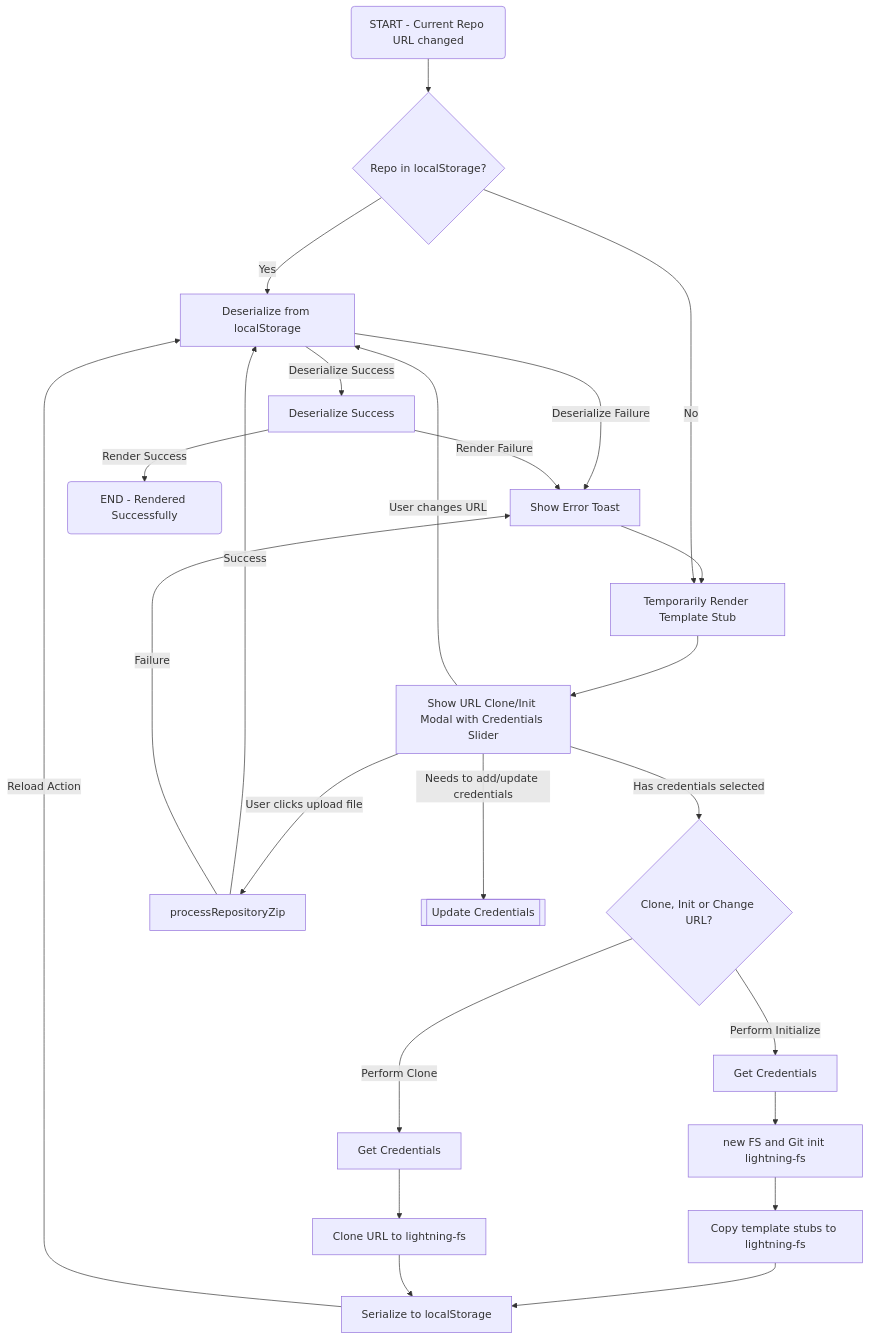
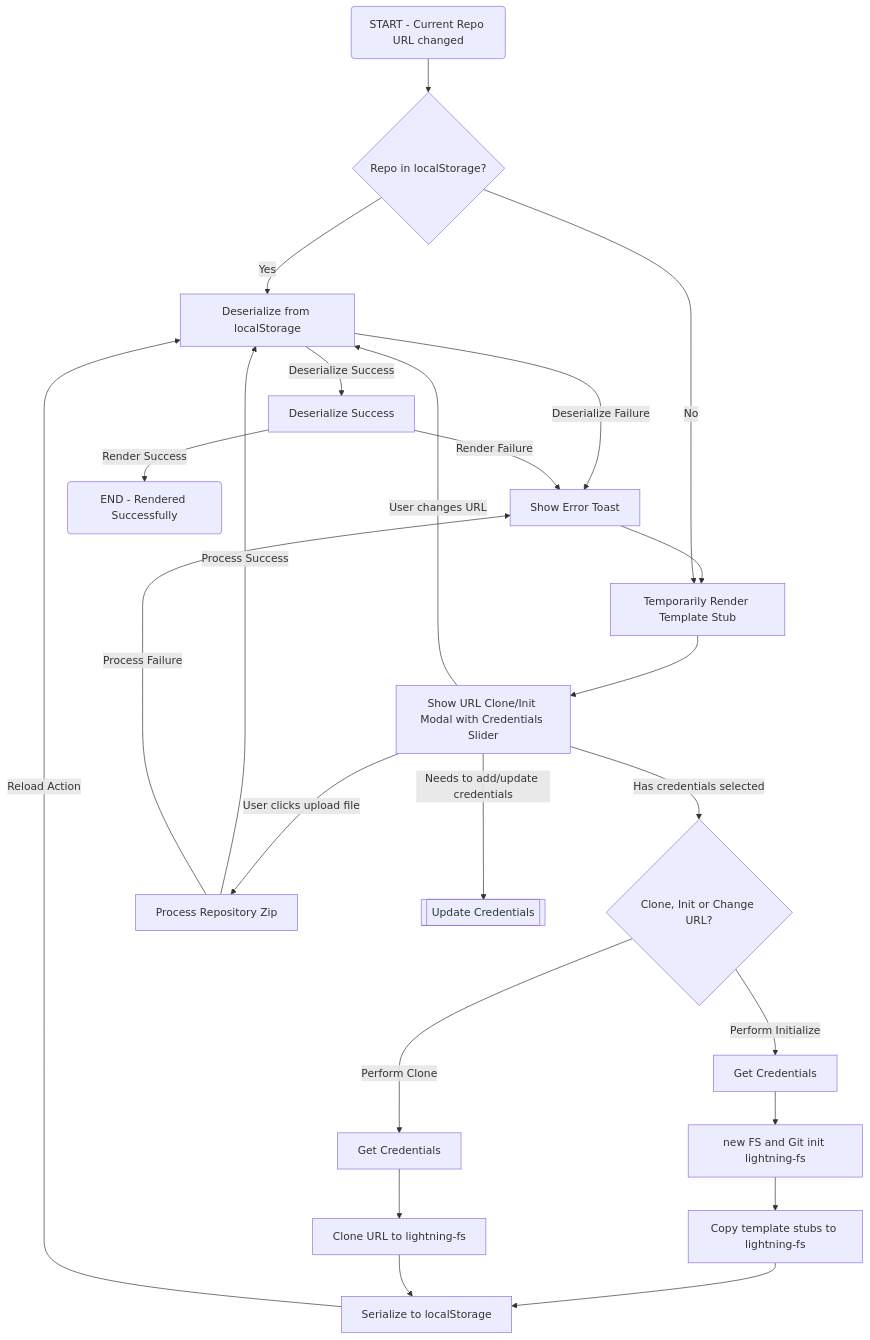
Before and after one commit to sengac/gitfeatures-spec: the diagram in oL2kY7ELjdStZ0MHSt7V3.md, drawn with Mermaid.

Commit message:
process cleanup

````diff
--- a/oL2kY7ELjdStZ0MHSt7V3.md
+++ b/oL2kY7ELjdStZ0MHSt7V3.md
@@ -15,26 +15,26 @@
 ```mermaid
 graph TD
     A(START - Current Repo URL changed) --> B{Repo in localStorage?}
     B -->|Yes| deserialize[Deserialize from localStorage]
     deserialize -->|Deserialize Success| deserializeSuccess[Deserialize Success]
     deserialize -->|Deserialize Failure| errorToast[Show Error Toast]
     errorToast --> temporarilyRenderStub
     deserializeSuccess -->|Render Success| renderSuccess(END - Rendered Successfully)
     deserializeSuccess -->|Render Failure| errorToast
     B -->|No| temporarilyRenderStub[Temporarily Render Template Stub]
     temporarilyRenderStub --> E[Show Init/Clone Modal]
     E[Show URL Clone/Init Modal with Credentials Slider] -->|Has credentials selected| F{Clone, Init or Change URL?}
     E -->|User changes URL| deserialize
-    E -->|User clicks upload file| processRepositoryZip
-    processRepositoryZip -->|Success| deserialize
-    processRepositoryZip -->|Failure| errorToast
+    E -->|User clicks upload file| processRepositoryZip[Process Repository Zip]
+    processRepositoryZip -->|Process Success| deserialize
+    processRepositoryZip -->|Process Failure| errorToast
     E -->|Needs to add/update credentials| updateCredentials[[Update Credentials]]
     F -->|Perform Clone| G[Get Credentials]
     F -->|Perform Initialize| H[Get Credentials]
     H --> git-init[new FS and Git init lightning-fs]
     git-init --> copy-stub[Copy template stubs to lightning-fs]
     copy-stub --> serialize[Serialize to localStorage]
     G --> I[Clone URL to lightning-fs]
     I --> serialize
     serialize --> |Reload Action| deserialize
 ```
````
